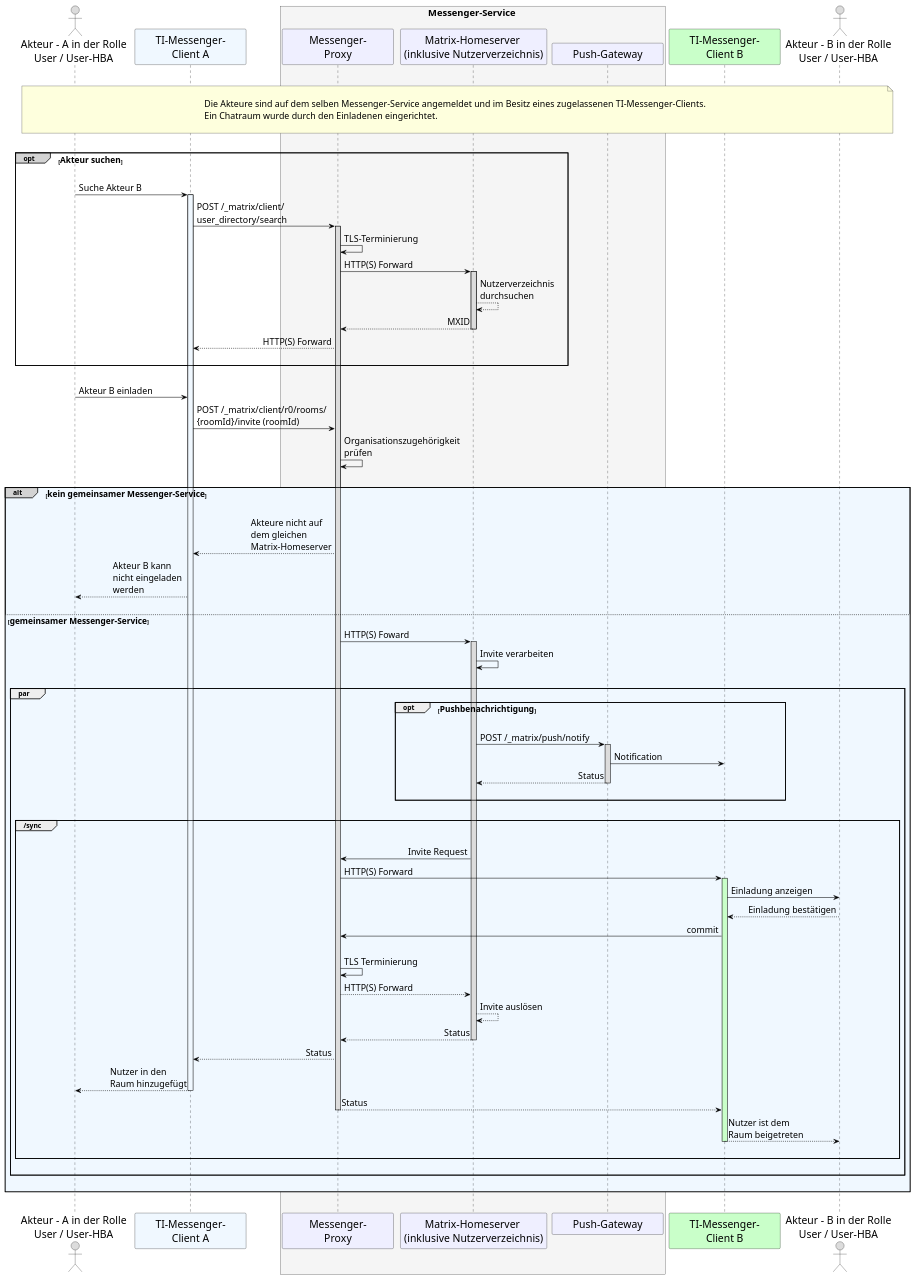
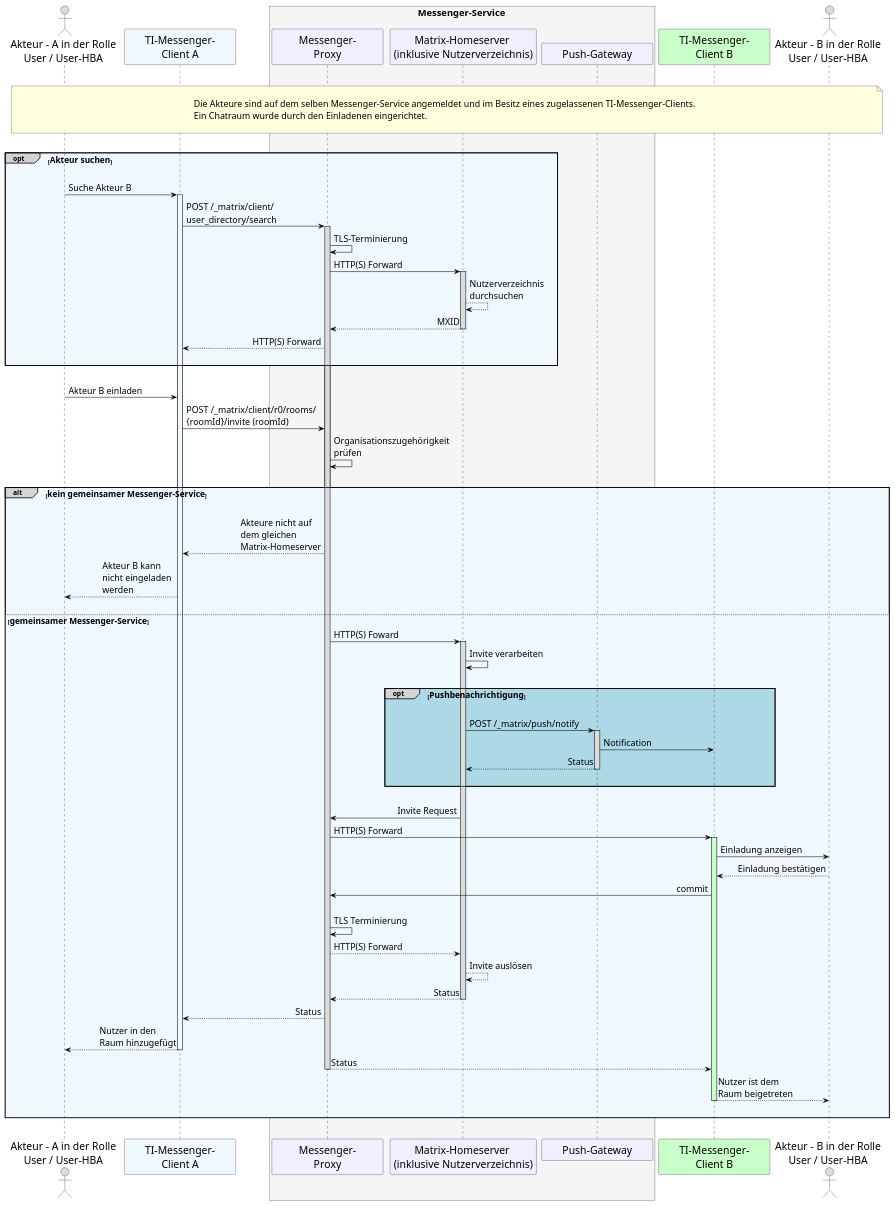
Before and after one commit to gematik/api-ti-messenger: the diagram in src/plantuml/TI-Messenger-Dienst/Ressourcen/UC_10104_Seq.puml, drawn with PlantUML.

```diff
--- a/src/plantuml/TI-Messenger-Dienst/Ressourcen/UC_10104_Seq.puml
+++ b/src/plantuml/TI-Messenger-Dienst/Ressourcen/UC_10104_Seq.puml
@@ -9,116 +9,109 @@
 @startuml
 skinparam sequenceMessageAlign direction
 skinparam minClassWidth 200
 skinparam BoxPadding 1
 skinparam sequenceReferenceHeaderBackgroundColor palegreen
 scale max 2048 width
 
 skinparam sequence {
 ArrowColor black
 ArrowFontSize 17
 ActorBorderColor black
 LifeLineBorderColor black
 LifeLineBackgroundColor Gainsboro
 
 ParticipantBorderColor Motivation
 ParticipantBackgroundColor Motivation
 ParticipantFontName Impact
 ParticipantFontSize 20
 ParticipantFontColor black
 ParticipantBorderColor Black
 ParticipantBackgroundColor MOTIVATION
 
 ActorBackgroundColor Gainsboro
 ActorFontColor black
 ActorFontSize 20
 ActorFontName Aapex
 }
     actor U1 as "Akteur - A in der Rolle\nUser / User-HBA"
     participant C1 as "TI-Messenger-\nClient A" #AliceBlue
     box <size:18>Messenger-Service</size> #WhiteSmoke
       participant MP as "Messenger-\nProxy"
       participant MH as "Matrix-Homeserver \n(inklusive Nutzerverzeichnis)"
       participant PG as "Push-Gateway"
     end box
     participant C2 as "TI-Messenger-\nClient B"#TECHNOLOGY
     actor U2 as "Akteur - B in der Rolle\nUser / User-HBA"
     
 |||
 note over U1, U2: \n<size:17>Die Akteure sind auf dem selben Messenger-Service angemeldet und im Besitz eines zugelassenen TI-Messenger-Clients.\n<size:17>Ein Chatraum wurde durch den Einladenen eingerichtet.</size>\n
 |||
 
-    opt#LightGrey <size:16>Akteur suchen</size>
+    opt#LightGrey #AliceBlue <size:16>Akteur suchen</size>
     |||
     U1->C1: Suche Akteur B
       activate C1 #AliceBlue
     C1->MP: POST /_matrix/client/\nuser_directory/search
       activate MP
     MP->MP: TLS-Terminierung
     MP->MH: HTTP(S) Forward
       activate MH
     MH-->MH: Nutzerverzeichnis \ndurchsuchen
     MH-->MP: MXID
       deactivate MH
     MP-->C1: HTTP(S) Forward
     |||
     end
     
     |||
     U1->C1: Akteur B einladen
     C1->MP: POST /_matrix/client/r0/rooms/\n{roomId}/invite (roomId)
     MP->MP: Organisationszugehörigkeit \nprüfen
     |||
     
     alt#LightGrey #AliceBlue <size:16>kein gemeinsamer Messenger-Service</size>
       |||
       MP-->C1: Akteure nicht auf \ndem gleichen \nMatrix-Homeserver
       C1-->U1: Akteur B kann \nnicht eingeladen \nwerden
       |||
     
       else <size:16>gemeinsamer Messenger-Service</size>
     
       MP->MH: HTTP(S) Foward
         activate MH
       MH->MH: Invite verarbeiten
       |||
-      group par 
-        opt <size:16>Pushbenachrichtigung</size>
+        opt#LightGrey #LightBlue <size:16>Pushbenachrichtigung</size>
           |||
           MH->PG: POST /_matrix/push/notify
             activate PG
           PG->C2: Notification
           PG-->MH: Status
             deactivate PG
         |||
         end
         |||
-        group /sync
-          |||
           MH->MP: Invite Request
           MP->C2: HTTP(S) Forward
             activate C2 #TECHNOLOGY
           C2->U2: Einladung anzeigen
           U2-->C2: Einladung bestätigen
           C2->MP: commit
           |||
           MP->MP: TLS Terminierung
           MP-->MH: HTTP(S) Forward
           MH-->MH: Invite auslösen
           MH-->MP: Status
             deactivate MH
           MP-->C1: Status
           C1-->U1: Nutzer in den \nRaum hinzugefügt
             deactivate C1
           MP-->C2: Status
             deactivate MP
           C2-->U2: Nutzer ist dem \nRaum beigetreten
             deactivate C2
 
         |||
         end
-      |||
-      end
-    |||
-    end
-|||
+ |||
 @enduml
```
